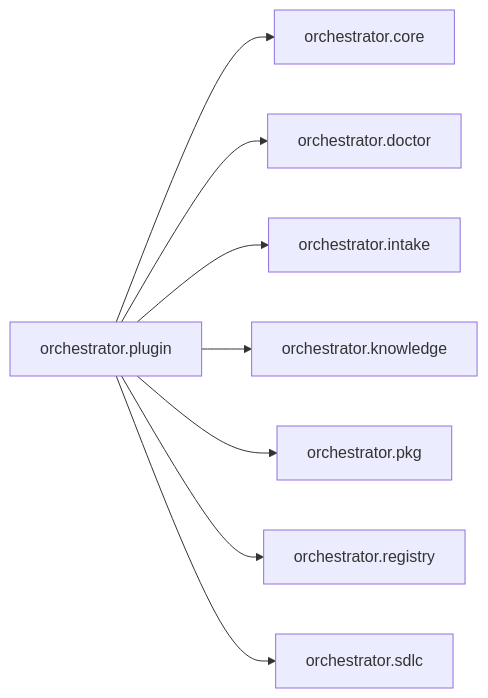
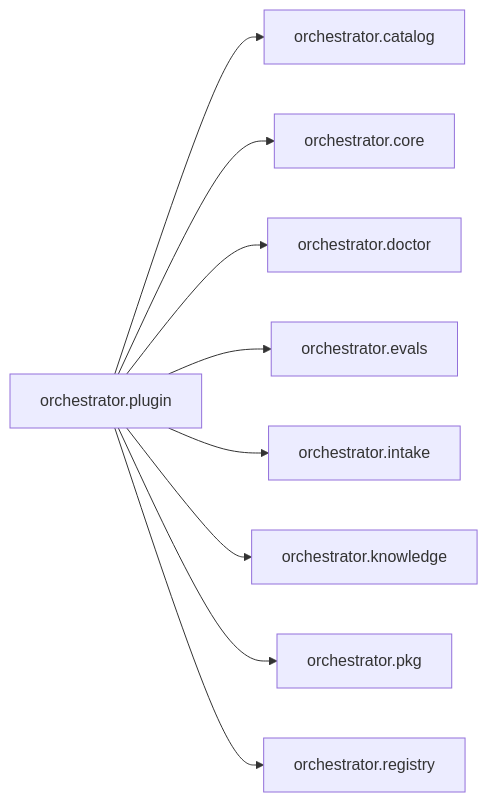
One commit to synaptixs/spine changed the diagram in episteme/areas/orchestrator.plugin.md. Above: the diagram before and after it, drawn with Mermaid. The commit also changed other lines of this file and 19 other files, not shown here.

````diff
--- a/episteme/areas/orchestrator.plugin.md
+++ b/episteme/areas/orchestrator.plugin.md
@@ -8,18 +8,20 @@
 ```mermaid
 flowchart LR
   n0["orchestrator.plugin"]
-  n1["orchestrator.core"]
-  n2["orchestrator.doctor"]
-  n3["orchestrator.intake"]
-  n4["orchestrator.knowledge"]
-  n5["orchestrator.pkg"]
-  n6["orchestrator.registry"]
-  n7["orchestrator.sdlc"]
+  n1["orchestrator.catalog"]
+  n2["orchestrator.core"]
+  n3["orchestrator.doctor"]
+  n4["orchestrator.evals"]
+  n5["orchestrator.intake"]
+  n6["orchestrator.knowledge"]
+  n7["orchestrator.pkg"]
+  n8["orchestrator.registry"]
   n0 --> n1
   n0 --> n2
   n0 --> n3
   n0 --> n4
   n0 --> n5
   n0 --> n6
   n0 --> n7
+  n0 --> n8
 ```
````
